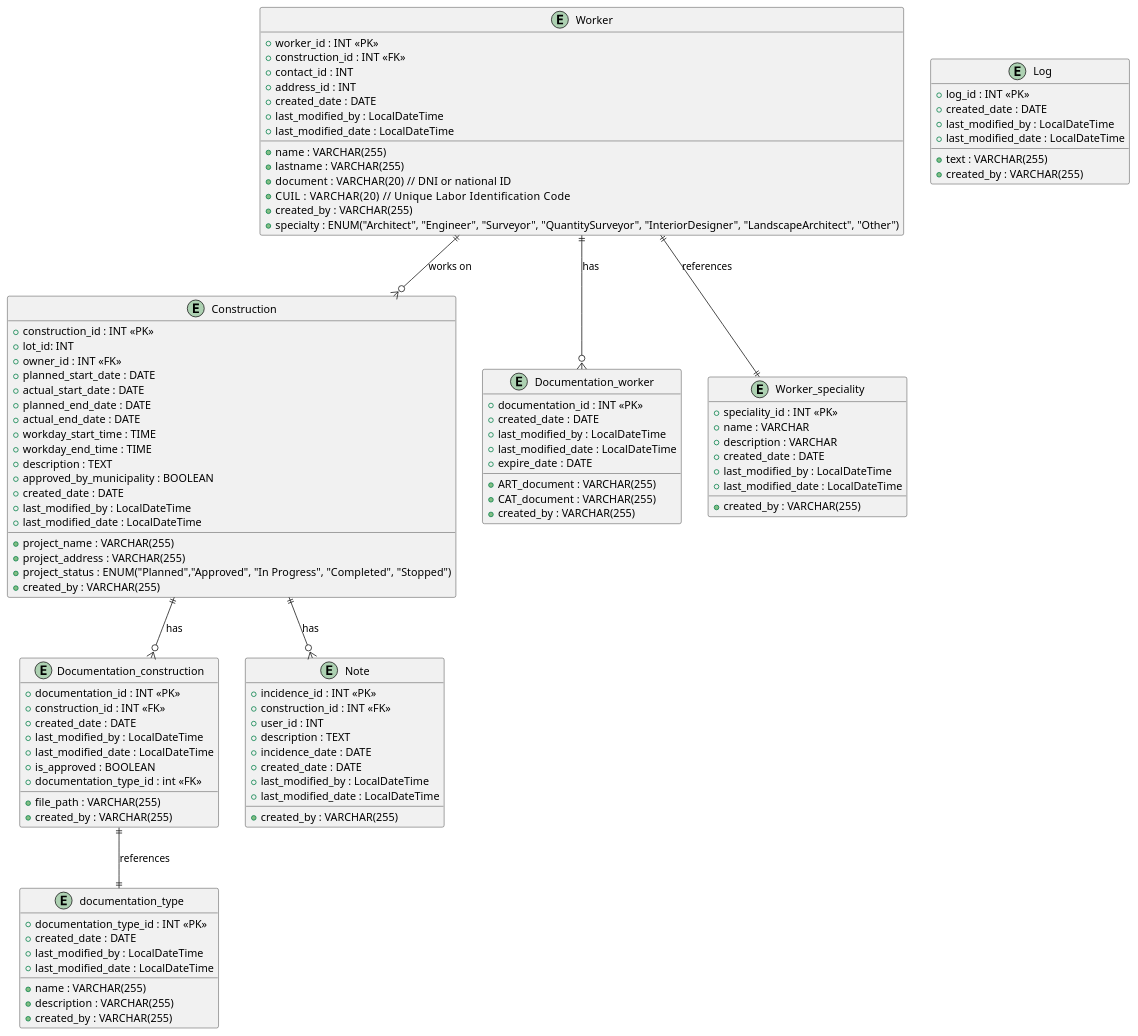
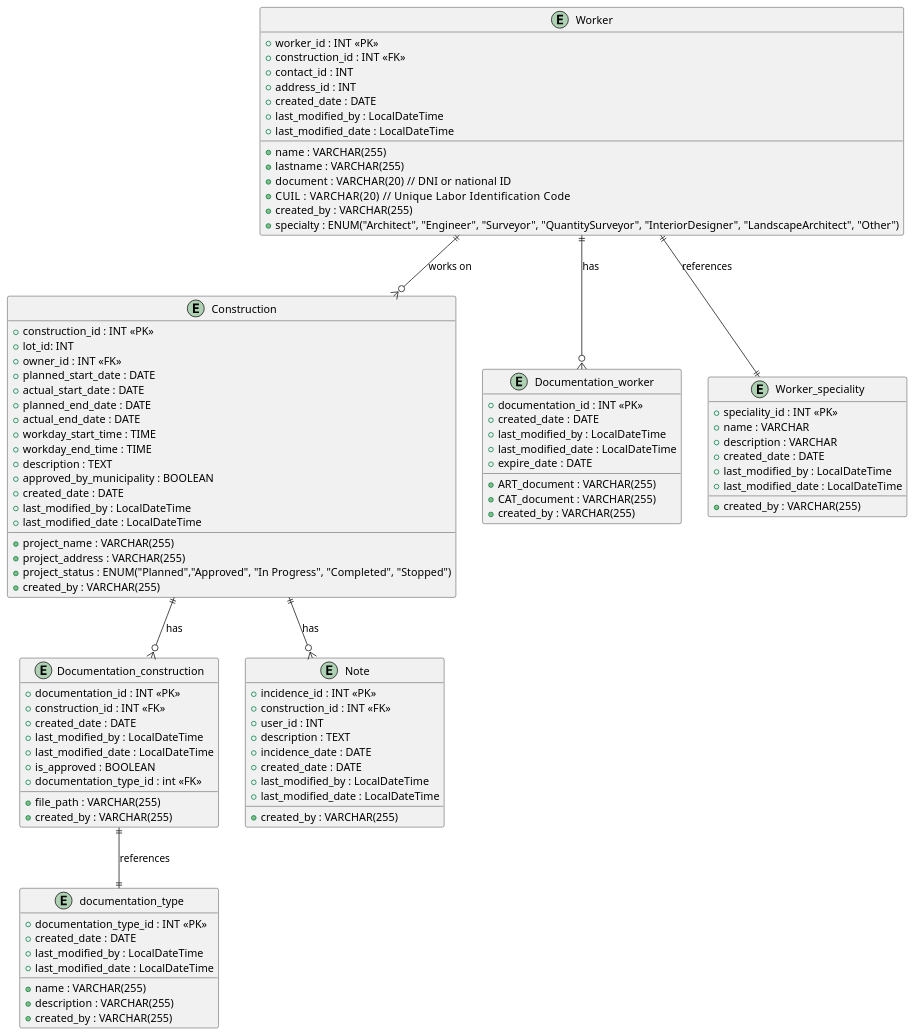
The diagram in docs/app_doc/diagrams/entities/entities.puml (406021-GAUFFIN/public-constructions), drawn with PlantUML before and after one commit.

Commit message:
deleted log entity

```diff
--- a/docs/app_doc/diagrams/entities/entities.puml
+++ b/docs/app_doc/diagrams/entities/entities.puml
@@ -1,118 +1,110 @@
 @startuml
 
 entity "Construction" as construction {
   + construction_id : INT <<PK>>
   + project_name : VARCHAR(255)
   + project_address : VARCHAR(255)
   + lot_id: INT
   + owner_id : INT <<FK>>
   + planned_start_date : DATE
   + actual_start_date : DATE
   + planned_end_date : DATE
   + actual_end_date : DATE
   + project_status : ENUM("Planned","Approved", "In Progress", "Completed", "Stopped")
   + workday_start_time : TIME
   + workday_end_time : TIME
   + description : TEXT
   + approved_by_municipality : BOOLEAN
   + created_by : VARCHAR(255)
   + created_date : DATE
   + last_modified_by : LocalDateTime
   + last_modified_date : LocalDateTime
 }
 
 entity "Documentation_construction" as documentation {
   + documentation_id : INT <<PK>>
   + construction_id : INT <<FK>>
   + file_path : VARCHAR(255)
   + created_by : VARCHAR(255)
   + created_date : DATE
   + last_modified_by : LocalDateTime
   + last_modified_date : LocalDateTime
   + is_approved : BOOLEAN
   + documentation_type_id : int <<FK>>
 }
-entity "Log" as log {
-  + log_id : INT <<PK>>
-  + text : VARCHAR(255)
-  + created_by : VARCHAR(255)
-  + created_date : DATE
-  + last_modified_by : LocalDateTime
-  + last_modified_date : LocalDateTime
 
-}
 
 entity "documentation_type" as documentation_type {
   + documentation_type_id : INT <<PK>>
   + name : VARCHAR(255)
   + description : VARCHAR(255)
   + created_by : VARCHAR(255)
   + created_date : DATE
   + last_modified_by : LocalDateTime
   + last_modified_date : LocalDateTime
 
 
 }
 
 
 
 entity "Documentation_worker" as documentation_worker {
   + documentation_id : INT <<PK>>
   + ART_document : VARCHAR(255)
   + CAT_document : VARCHAR(255)
   + created_by : VARCHAR(255)
   + created_date : DATE
   + last_modified_by : LocalDateTime
   + last_modified_date : LocalDateTime
   + expire_date : DATE
 }
 
 entity "Worker" as worker {
   + worker_id : INT <<PK>>
   + construction_id : INT <<FK>>
   + name : VARCHAR(255)
   + lastname : VARCHAR(255)
   + document : VARCHAR(20)  // DNI or national ID
   + CUIL : VARCHAR(20)      // Unique Labor Identification Code
   + contact_id : INT
   + address_id : INT
   + created_by : VARCHAR(255)
   + created_date : DATE
   + last_modified_by : LocalDateTime
   + last_modified_date : LocalDateTime
   + specialty : ENUM("Architect", "Engineer", "Surveyor", "QuantitySurveyor", "InteriorDesigner", "LandscapeArchitect", "Other")
 }
 
 
 
 
 
 entity "Note" as Note {
   + incidence_id : INT <<PK>>
   + construction_id : INT <<FK>>
   + user_id : INT
   + description : TEXT
   + incidence_date : DATE
   + created_by : VARCHAR(255)
   + created_date : DATE
   + last_modified_by : LocalDateTime
   + last_modified_date : LocalDateTime
 }
 entity "Worker_speciality" as worker_speciality {
   + speciality_id : INT <<PK>>
   + name : VARCHAR
   + description : VARCHAR
   + created_by : VARCHAR(255)
   + created_date : DATE
   + last_modified_by : LocalDateTime
   + last_modified_date : LocalDateTime
 }
 worker ||--o{ documentation_worker : "has"
 construction ||--o{ Note : "has"
 construction ||--o{ documentation : "has"
 worker ||--o{ construction : "works on"
 documentation ||--|| documentation_type : "references"
 worker ||--|| worker_speciality : "references"
 
 
 @enduml
```
